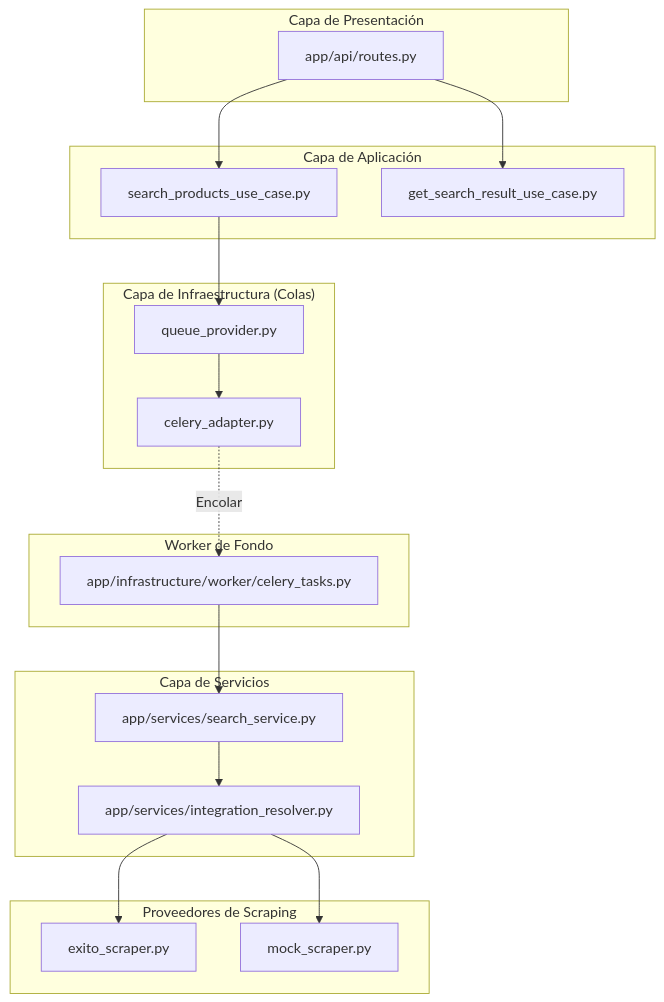
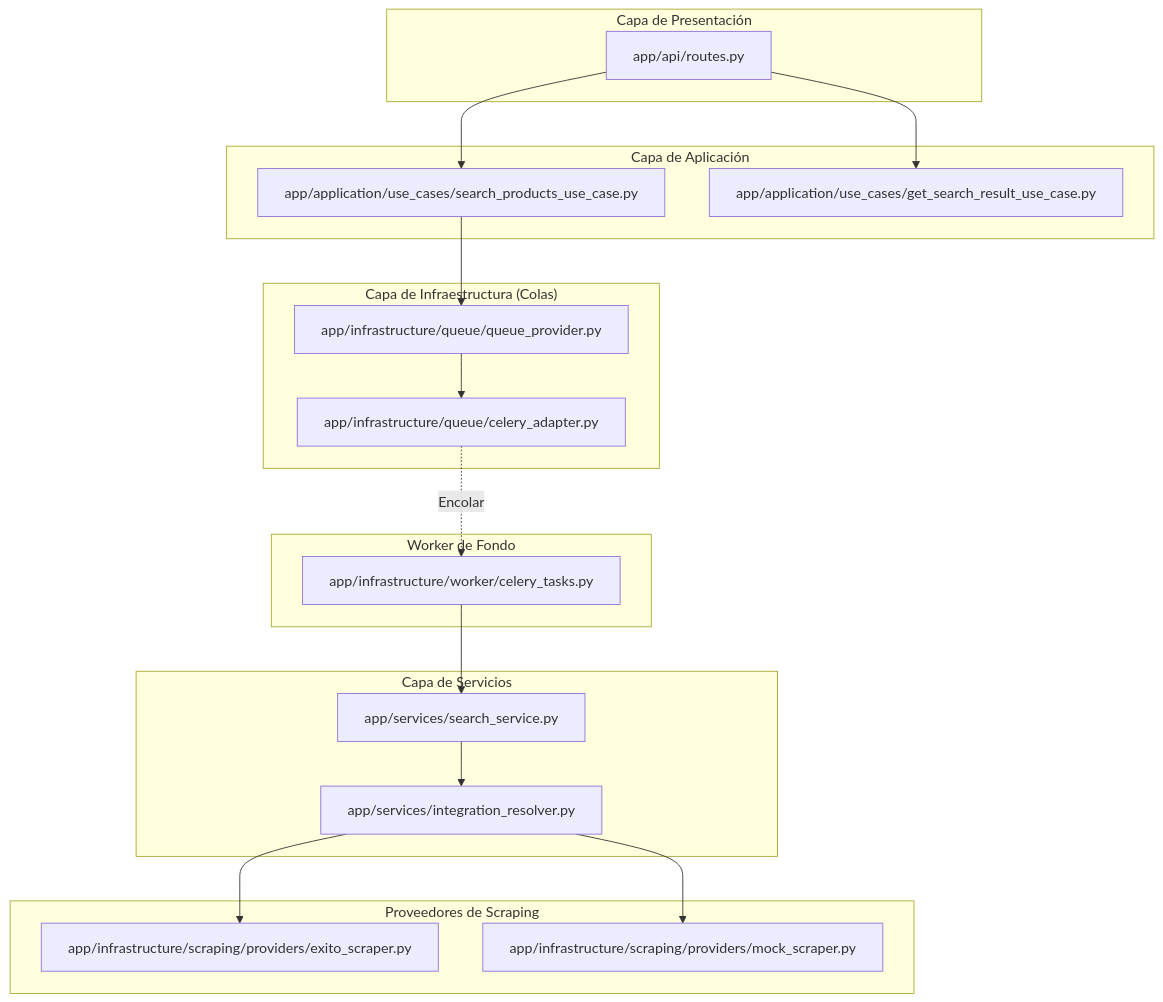
Before and after one commit to jodagore92/webscraping_py: the diagram in README.md, drawn with Mermaid. The commit also changed other lines of this file, not shown here.

````diff
--- a/README.md
+++ b/README.md
@@ -20,40 +20,40 @@
 ```mermaid
 graph TD
     subgraph "Capa de Presentación"
         API[app/api/routes.py]
     end
 
     subgraph "Capa de Aplicación"
-        UC_Search[search_products_use_case.py]
-        UC_GetResult[get_search_result_use_case.py]
+        UC_Search[app/application/use_cases/search_products_use_case.py]
+        UC_GetResult[app/application/use_cases/get_search_result_use_case.py]
     end
 
     subgraph "Capa de Infraestructura (Colas)"
-        QP[queue_provider.py]
-        CA[celery_adapter.py]
+        QP[app/infrastructure/queue/queue_provider.py]
+        CA[app/infrastructure/queue/celery_adapter.py]
     end
 
     subgraph "Worker de Fondo"
         Tasks[app/infrastructure/worker/celery_tasks.py]
     end
 
     subgraph "Capa de Servicios"
         SS[app/services/search_service.py]
         IR[app/services/integration_resolver.py]
     end
 
     subgraph "Proveedores de Scraping"
-        ES[exito_scraper.py]
-        MS[mock_scraper.py]
+        ES[app/infrastructure/scraping/providers/exito_scraper.py]
+        MS[app/infrastructure/scraping/providers/mock_scraper.py]
     end
 
     API --> UC_Search
     API --> UC_GetResult
     UC_Search --> QP
     QP --> CA
     CA -.->|Encolar| Tasks
     Tasks --> SS
     SS --> IR
     IR --> ES
     IR --> MS
 ```
````
